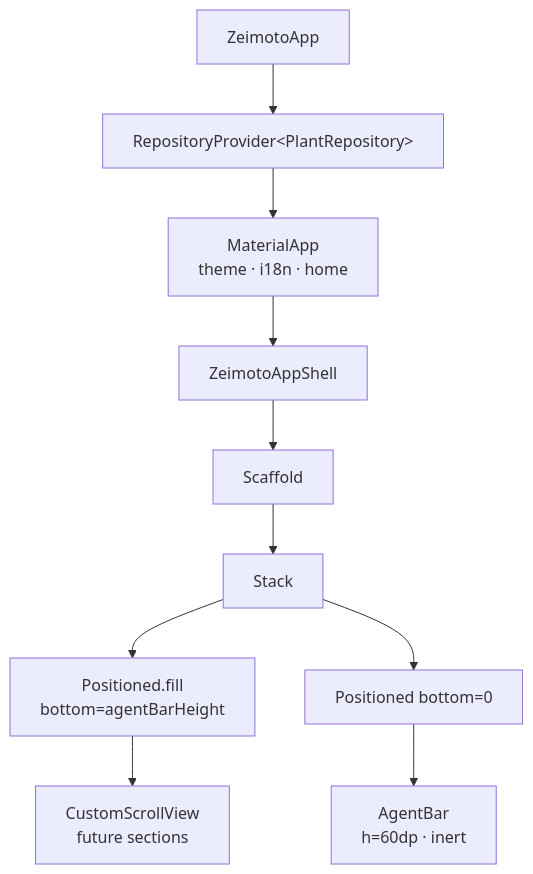
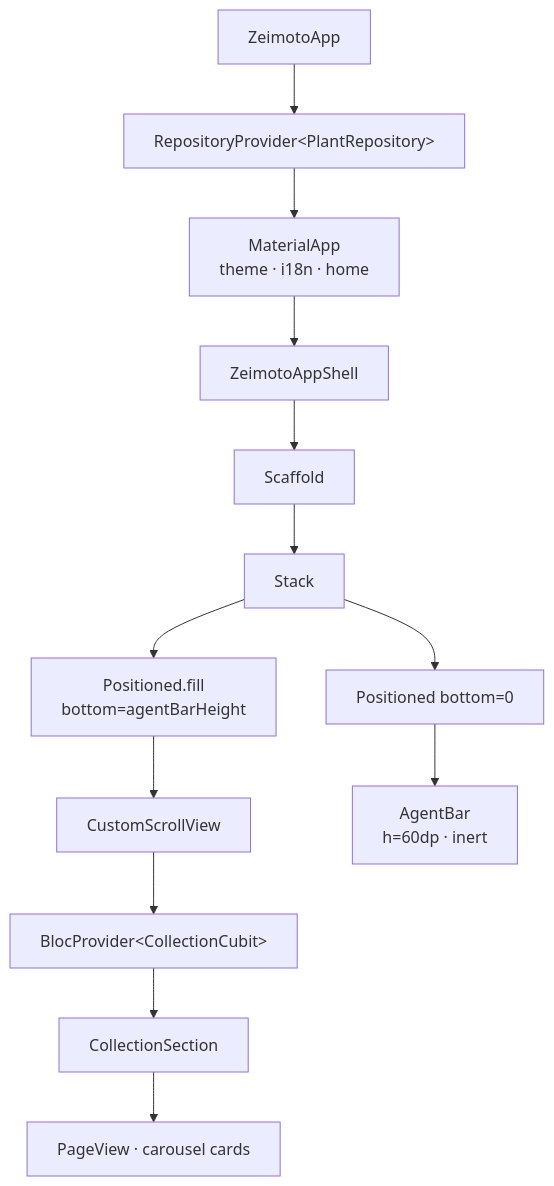
Before and after one commit to FedericoLaggiard/zeimoto: the diagram in docs/app_shell/feature_en.md, drawn with Mermaid. The commit also changed other lines of this file and 5 other files, not shown here.

````diff
--- a/docs/app_shell/feature_en.md
+++ b/docs/app_shell/feature_en.md
@@ -9,12 +9,15 @@
 ```mermaid
 graph TD
     ZeimotoApp --> RP[RepositoryProvider&lt;PlantRepository&gt;]
     RP --> MA[MaterialApp\ntheme · i18n · home]
     MA --> ZAS[ZeimotoAppShell]
     ZAS --> Scaffold
     Scaffold --> Stack
     Stack --> PF[Positioned.fill\nbottom=agentBarHeight]
     Stack --> PB[Positioned bottom=0]
-    PF --> CSV[CustomScrollView\nfuture sections]
+    PF --> CSV[CustomScrollView]
+    CSV --> BP[BlocProvider&lt;CollectionCubit&gt;]
+    BP --> CS[CollectionSection]
+    CS --> PV[PageView · carousel cards]
     PB --> AB[AgentBar\nh=60dp · inert]
 ```
````
